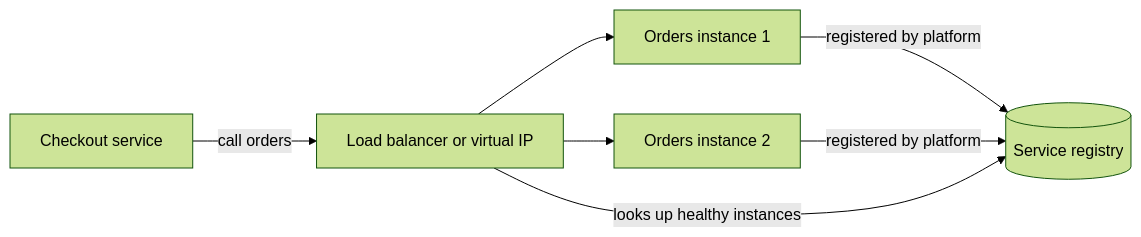
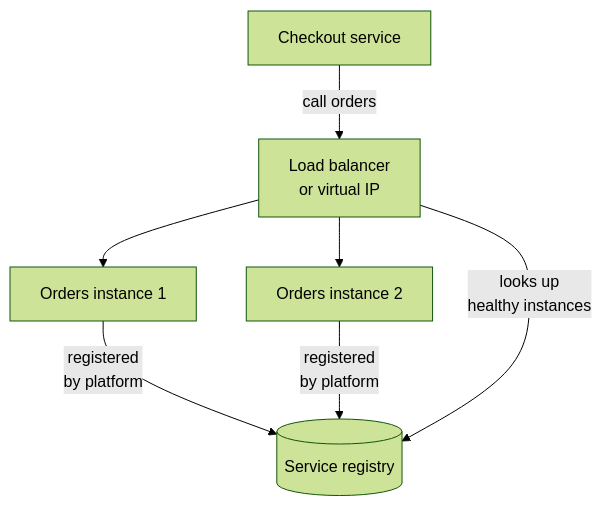
Before and after one commit to butyavk/system-design: the second of 3 diagrams in src/content/docs/architecture/service-discovery-and-mesh.mdx, drawn with Mermaid (forest theme). The commit also changed other lines of this file and 144 other files, not shown here.

````diff
--- a/src/content/docs/architecture/service-discovery-and-mesh.mdx
+++ b/src/content/docs/architecture/service-discovery-and-mesh.mdx
@@ -44,9 +44,9 @@
 ```mermaid
-flowchart LR
-  inst1["Orders instance 1"] -->|"registered by platform"| reg[("Service registry")]
-  inst2["Orders instance 2"] -->|"registered by platform"| reg
-  client["Checkout service"] -->|"call orders"| router["Load balancer or virtual IP"]
-  router -->|"looks up healthy instances"| reg
+flowchart TB
+  inst1["Orders instance 1"] -->|"registered<br/>by platform"| reg[("Service registry")]
+  inst2["Orders instance 2"] -->|"registered<br/>by platform"| reg
+  client["Checkout service"] -->|"call orders"| router["Load balancer<br/>or virtual IP"]
+  router -->|"looks up<br/>healthy instances"| reg
   router --> inst1
   router --> inst2
 ```
````
